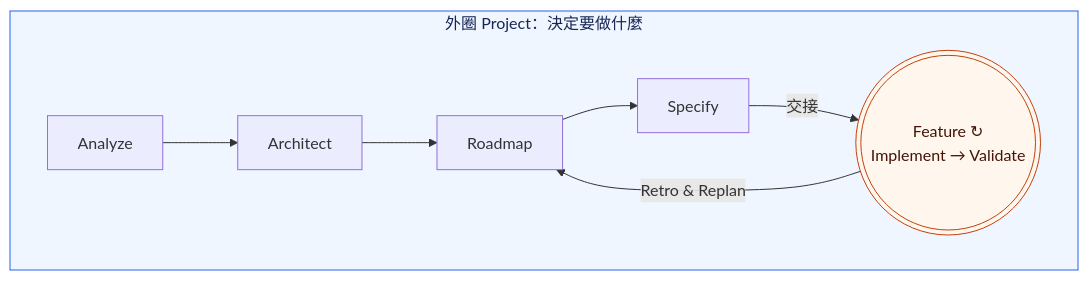
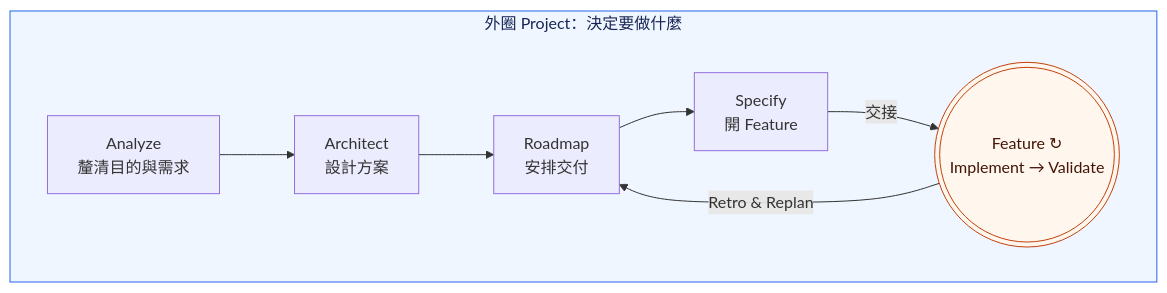
Before and after one commit to ellis429/loop-engineering: the first of 3 diagrams in docs/guide/user-guide.md, drawn with Mermaid. The commit also changed other lines of this file and 1 other file, not shown here.

````diff
--- a/docs/guide/user-guide.md
+++ b/docs/guide/user-guide.md
@@ -13,11 +13,11 @@
 ```mermaid
 flowchart LR
   subgraph Project["外圈 Project：決定要做什麼"]
     direction LR
-    A1["Analyze"] --> A2["Architect"] --> A3["Roadmap"] --> A4["Specify"]
+    A1["Analyze<br/>釐清目的與需求"] --> A2["Architect<br/>設計方案"] --> A3["Roadmap<br/>安排交付"] --> A4["Specify<br/>開 Feature"]
     A4 -->|交接| F((("Feature ↻<br/>Implement → Validate")))
     F -->|Retro & Replan| A3
   end
   style Project fill:#eff6ff,stroke:#2563eb,color:#172554
   style F fill:#fff7ed,stroke:#c2410c,color:#431407
 ```
````
